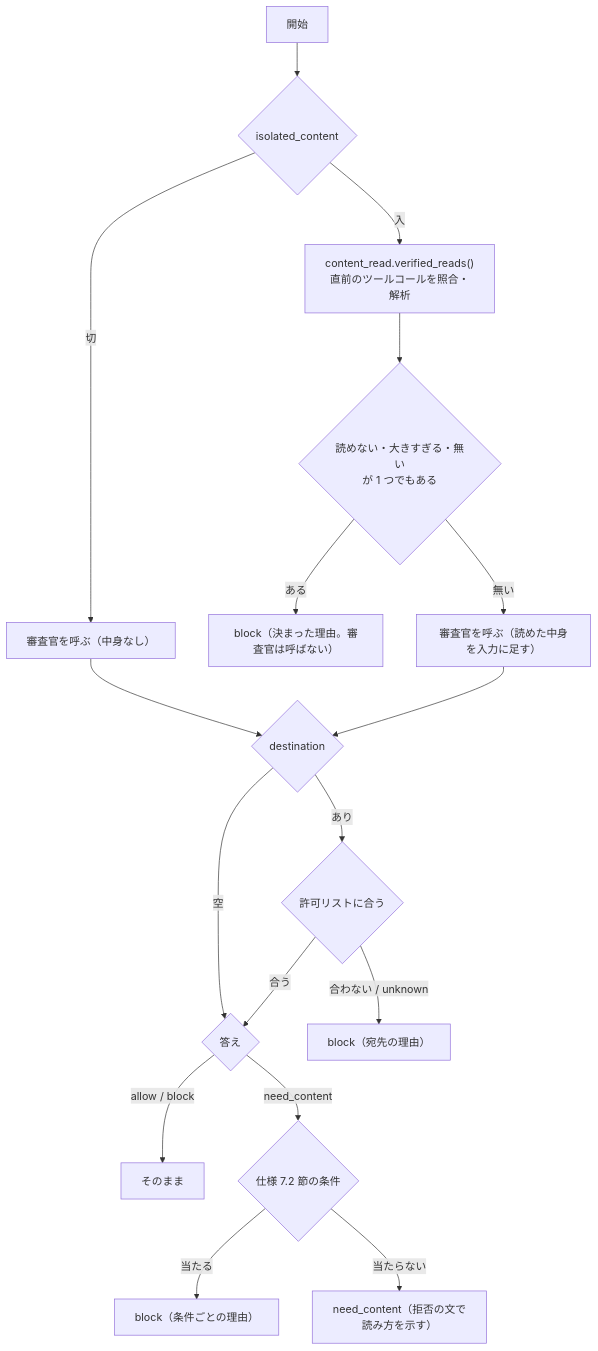
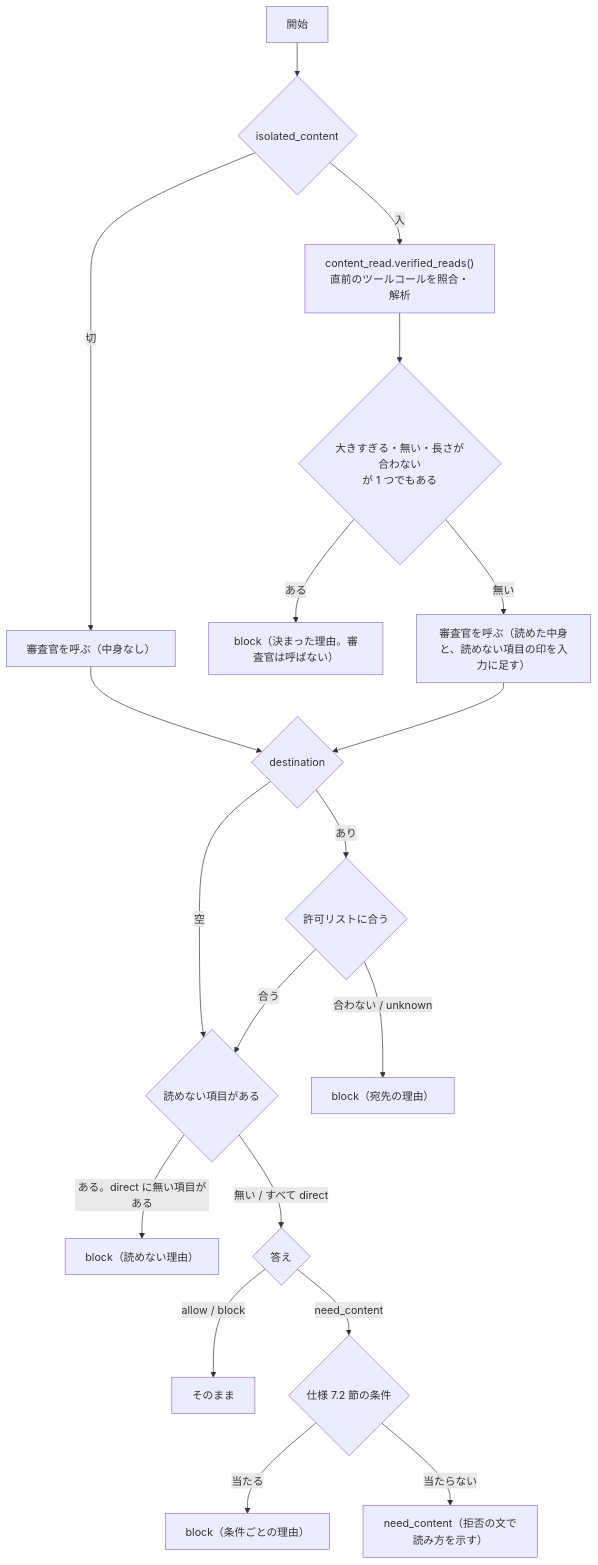
The second of 2 diagrams in .history/2026-10-13-送信するファイルの中身の審査/変更設計書.md (notfolder/litellm-agent-gateway-lab), drawn with Mermaid before and after one commit. The commit also changed other lines of this file and 3 other files, not shown here.

````diff
--- a/.history/2026-10-13-送信するファイルの中身の審査/変更設計書.md
+++ b/.history/2026-10-13-送信するファイルの中身の審査/変更設計書.md
@@ -76,19 +80,21 @@
 ```mermaid
 flowchart TD
     S["開始"] --> E{"isolated_content"}
     E -- "切" --> J0["審査官を呼ぶ（中身なし）"]
     E -- "入" --> R["content_read.verified_reads()<br/>直前のツールコールを照合・解析"]
-    R --> B{"読めない・大きすぎる・無い<br/>が 1 つでもある"}
+    R --> B{"大きすぎる・無い・長さが合わない<br/>が 1 つでもある"}
     B -- "ある" --> X["block（決まった理由。審査官は呼ばない）"]
-    B -- "無い" --> J1["審査官を呼ぶ（読めた中身を入力に足す）"]
+    B -- "無い" --> J1["審査官を呼ぶ（読めた中身と、読めない項目の印を入力に足す）"]
     J0 --> A{"destination"}
     J1 --> A
-    A -- "空" --> D
+    A -- "空" --> U
     A -- "あり" --> L{"許可リストに合う"}
     L -- "合わない / unknown" --> X3["block（宛先の理由）"]
-    L -- "合う" --> D{"答え"}
+    L -- "合う" --> U{"読めない項目がある"}
+    U -- "ある。direct に無い項目がある" --> X4["block（読めない理由）"]
+    U -- "無い / すべて direct" --> D{"答え"}
     D -- "allow / block" --> V["そのまま"]
     D -- "need_content" --> C{"仕様 7.2 節の条件"}
     C -- "当たる" --> X2["block（条件ごとの理由）"]
     C -- "当たらない" --> N["need_content（拒否の文で読み方を示す）"]
 ```
````
